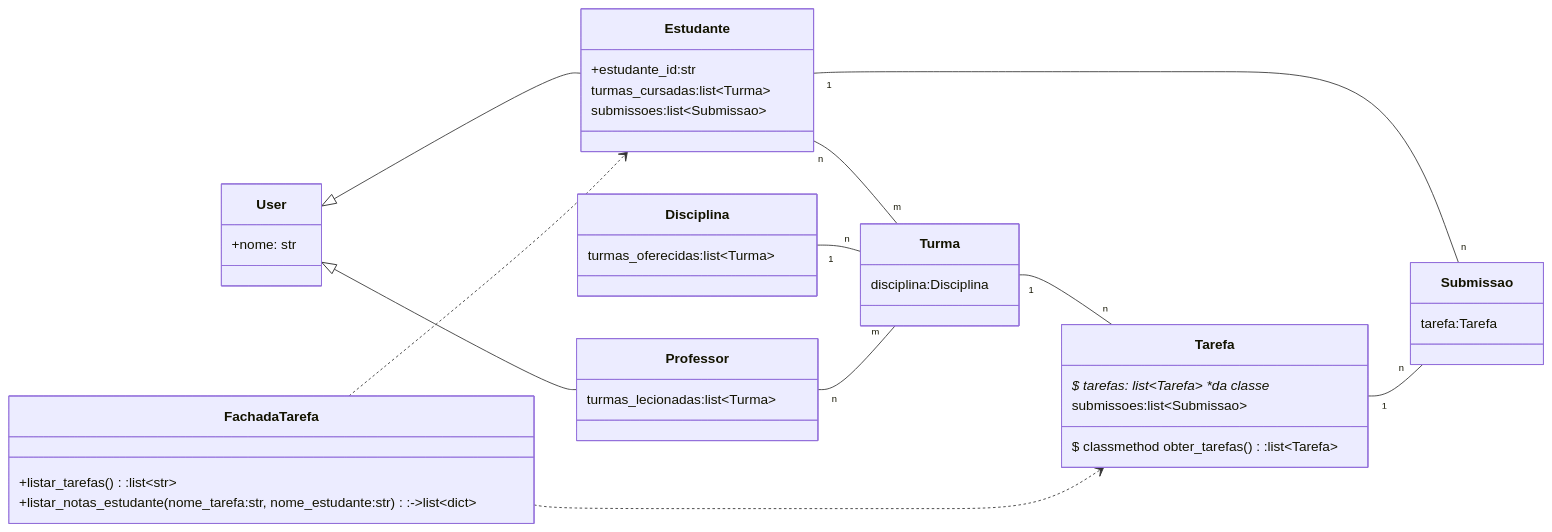
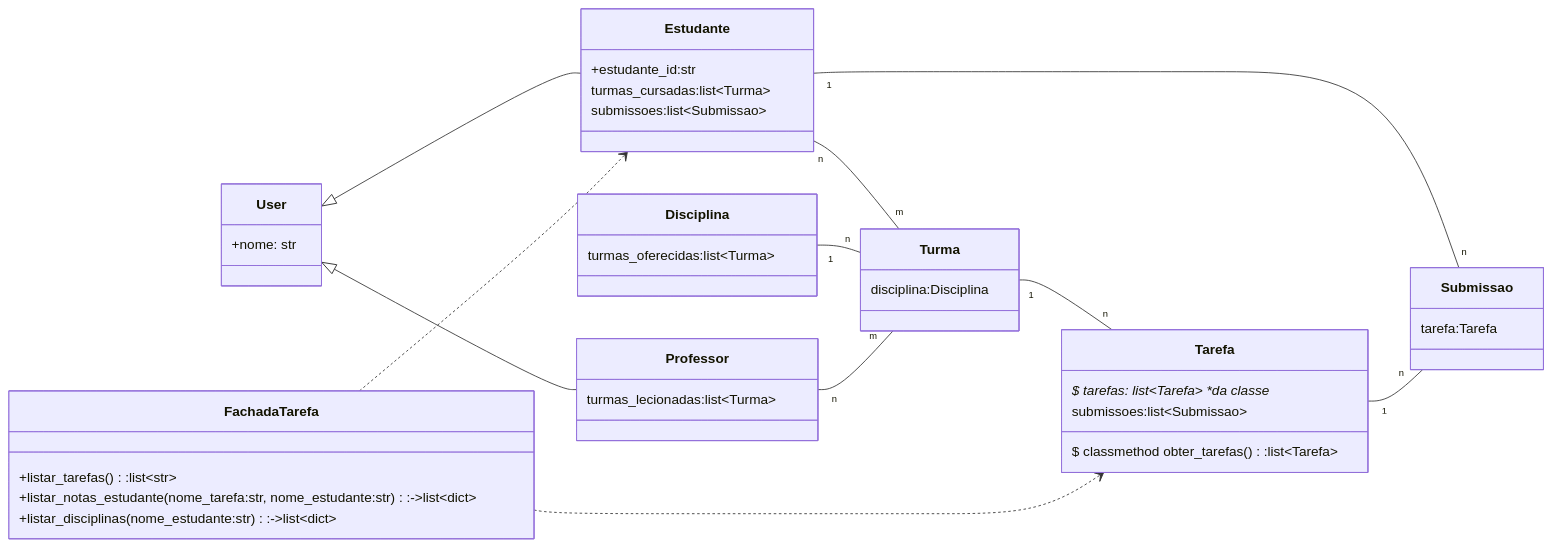
Before and after one commit to insper-classroom/Ag22_SimP1: the diagram in classes.md, drawn with Mermaid.

Commit message:
Update classes.md
listar disciplinas

````diff
--- a/classes.md
+++ b/classes.md
@@ -8,43 +8,44 @@
 ```mermaid
 classDiagram
 direction LR
 class User {
 +nome: str
 }
 class Professor {
 turmas_lecionadas:list~Turma~ 
 }
 class Estudante {
 +estudante_id:str
 turmas_cursadas:list~Turma~ 
 submissoes:list~Submissao~ 
 }
 class Disciplina {
 turmas_oferecidas:list~Turma~
 }
 class Turma {
 disciplina:Disciplina
 }
 class Tarefa {
 $ tarefas: list~Tarefa~ *da classe*
 submissoes:list~Submissao~
 $ classmethod obter_tarefas():list~Tarefa~ 
 }
 class Submissao {
 tarefa:Tarefa
 }
 class FachadaTarefa{
 +listar_tarefas():list~str~
 +listar_notas_estudante(nome_tarefa:str, nome_estudante:str):->list~dict~
++listar_disciplinas(nome_estudante:str):->list~dict~
 }
 Estudante "n" -- "m" Turma 
 Estudante "1" -- "n" Submissao 
 Tarefa "1" -- "n" Submissao
 Turma "1" -- "n" Tarefa
 Disciplina "1" -- "n" Turma 
 Professor "n" -- "m" Turma
 User <|-- Estudante
 User <|-- Professor
 FachadaTarefa ..> Tarefa 
 FachadaTarefa ..> Estudante
 ```
````
